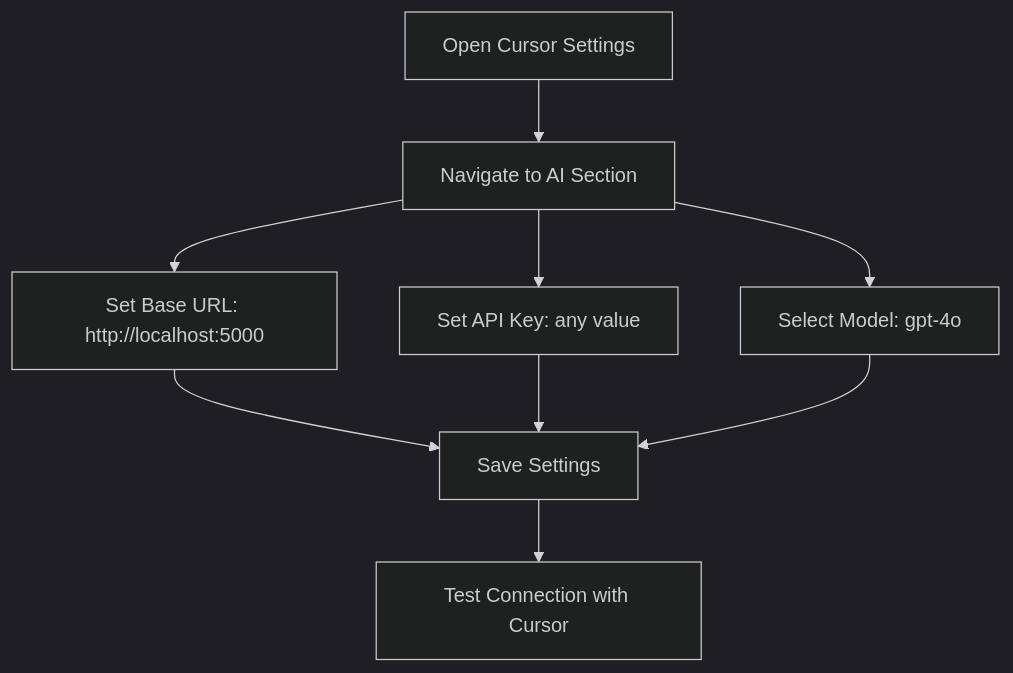
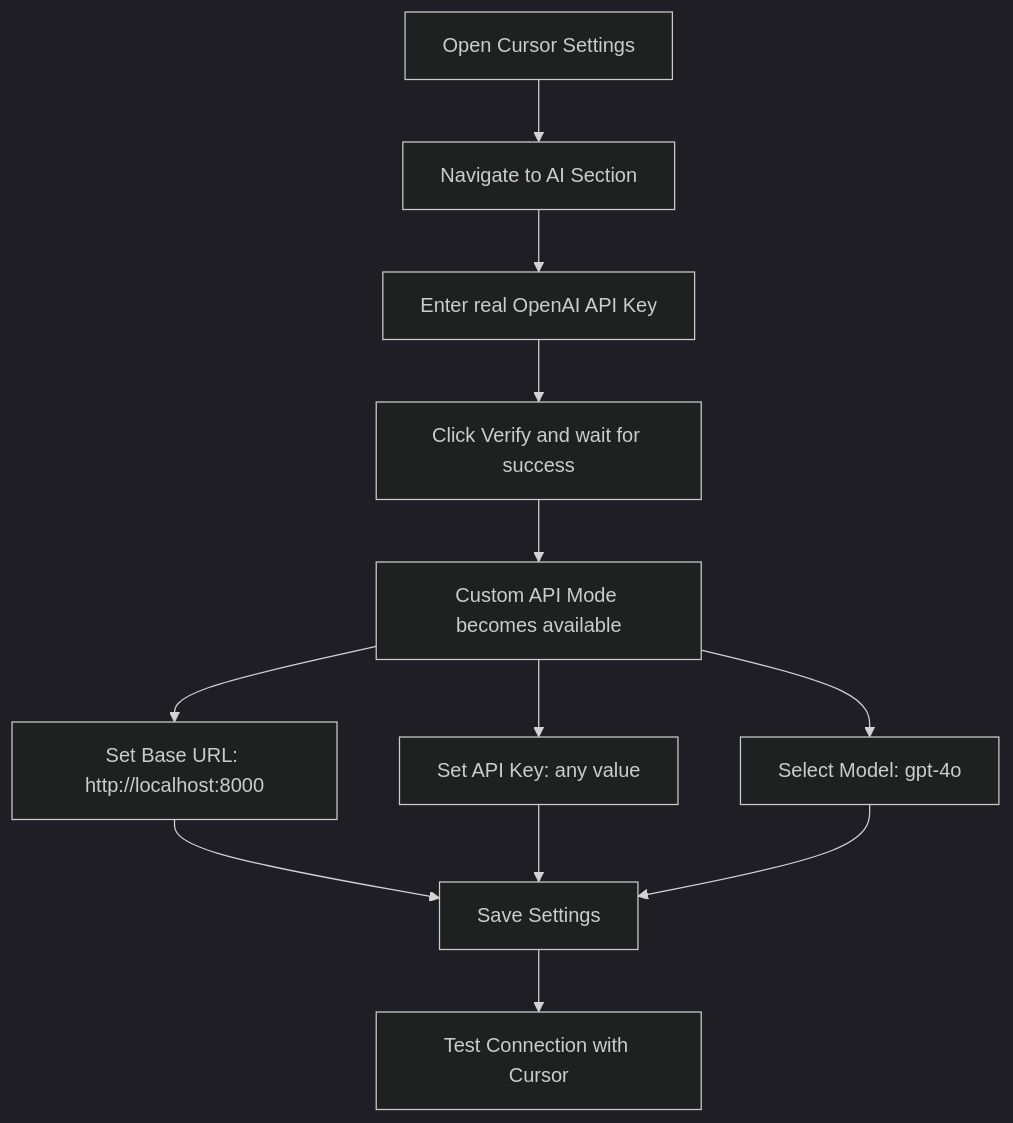
One commit to kiraV14/CursorCustomModels changed the third of 4 diagrams in README.md. Above: the diagram before and after it, drawn with Mermaid (dark theme). The commit also changed other lines of this file, not shown here.

Commit message:
updated read me with set up instructions

````diff
--- a/README.md
+++ b/README.md
@@ -111,11 +120,14 @@
 ```mermaid
 graph TD
     A[Open Cursor Settings] --> B[Navigate to AI Section]
-    B --> C[Set Base URL: http://localhost:5000]
-    B --> D[Set API Key: any value]
-    B --> E[Select Model: gpt-4o]
+    B --> C1[Enter real OpenAI API Key]
+    C1 --> C2[Click Verify and wait for success]
+    C2 --> C3[Custom API Mode becomes available]
+    C3 --> C[Set Base URL: http://localhost:8000]
+    C3 --> D[Set API Key: any value]
+    C3 --> E[Select Model: gpt-4o]
     C --> F[Save Settings]
     D --> F
     E --> F
     F --> G[Test Connection with Cursor]
 ```
````
